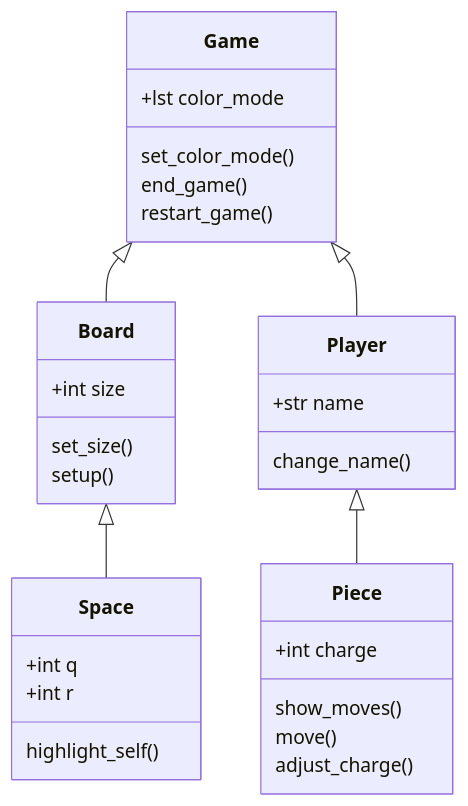
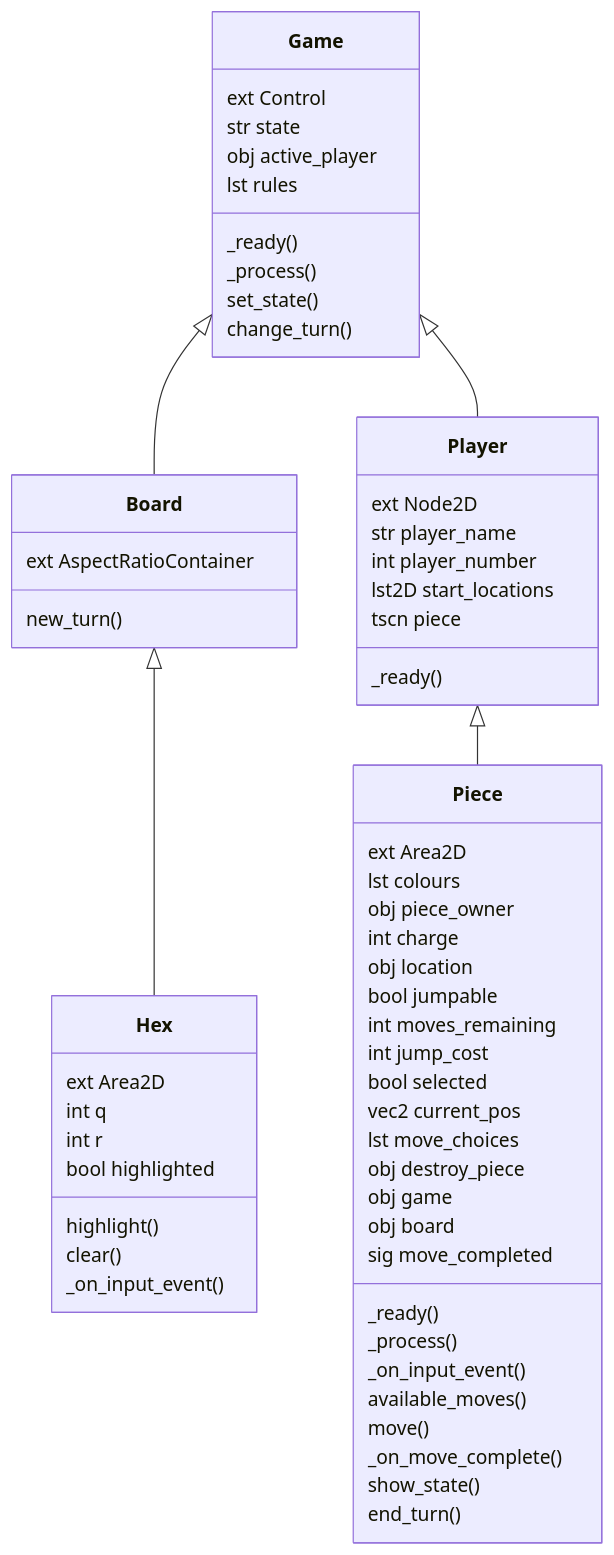
One commit to OzLocke/Potential_Game changed the diagram in object_map.md. Above: the diagram before and after it, drawn with Mermaid. The commit also changed 1 other file, not shown here.

Commit message:
updated obj map and removed redunant code line

````diff
--- a/object_map.md
+++ b/object_map.md
@@ -3,34 +3,64 @@
 ```mermaid
 classDiagram
     Game <|-- Board
     Game <|-- Player
-    Board <|-- Space
+    Board <|-- Hex
     Player <|-- Piece
 
     class Game{
-        +lst color_mode
-        set_color_mode()
-        end_game()
-        restart_game()
+        ext Control
+        str state
+        obj active_player
+        lst rules
+        _ready()
+        _process()
+        set_state()
+        change_turn()
     }
     class Board{
-        +int size
-        set_size()
-        setup()
+        ext AspectRatioContainer
+        new_turn()
     }
     class Player{
-        +str name
-        change_name()
+        ext Node2D
+        str player_name
+        int player_number
+        lst2D start_locations
+        tscn piece
+        _ready()
     }
-    class Space{
-        +int q
-        +int r
-        highlight_self()
+    class Hex{
+        ext Area2D
+        int q
+        int r
+        bool highlighted
+        highlight()
+        clear()
+        _on_input_event()
     }
     class Piece{
-        +int charge
-        show_moves()
+        ext Area2D
+        lst colours
+        obj piece_owner
+        int charge
+        obj location
+        bool jumpable
+        int moves_remaining
+        int jump_cost
+        bool selected
+        vec2 current_pos
+        lst move_choices
+        obj destroy_piece
+        obj game
+        obj board
+        sig move_completed
+        _ready()
+        _process()
+        _on_input_event()
+        available_moves()
         move()
-        adjust_charge()
+        _on_move_complete()
+        show_state()
+        end_turn()
     }
 ```
````
